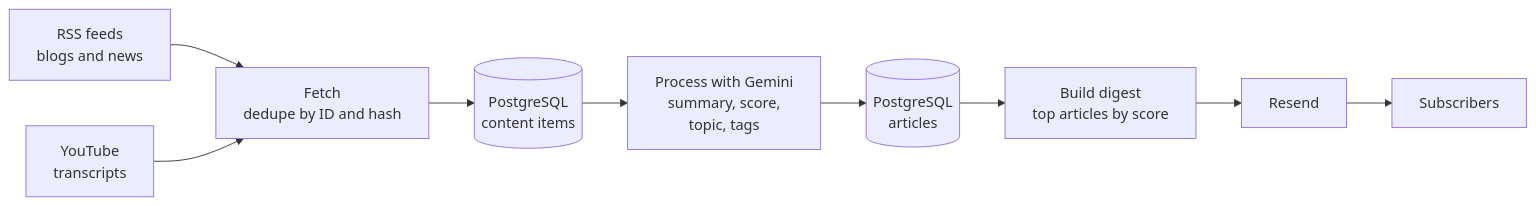
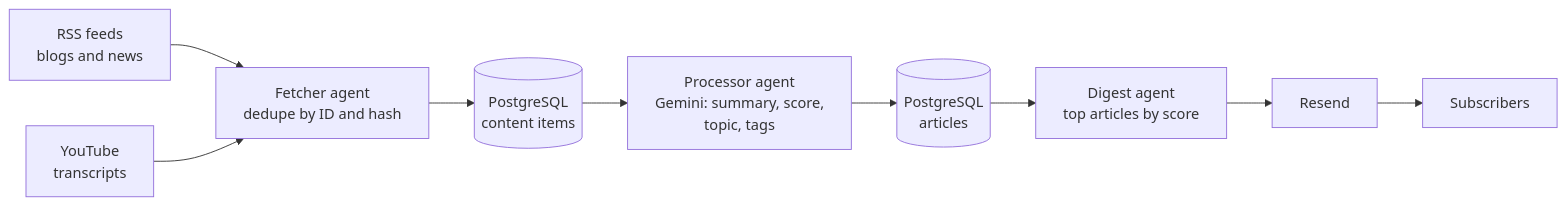
The diagram in README.md (Jai-Negi/ai-news-aggregator), drawn with Mermaid before and after one commit. The commit also changed other lines of this file, not shown here.

Commit message:
Restore agent details in README

````diff
--- a/README.md
+++ b/README.md
@@ -24,10 +24,10 @@
 ```mermaid
 flowchart LR
     RSS[RSS feeds<br/>blogs and news] --> F
     YT[YouTube<br/>transcripts] --> F
-    F[Fetch<br/>dedupe by ID and hash] --> CI[(PostgreSQL<br/>content items)]
-    CI --> P[Process with Gemini<br/>summary, score,<br/>topic, tags]
+    F[Fetcher agent<br/>dedupe by ID and hash] --> CI[(PostgreSQL<br/>content items)]
+    CI --> P[Processor agent<br/>Gemini: summary, score,<br/>topic, tags]
     P --> A[(PostgreSQL<br/>articles)]
-    A --> D[Build digest<br/>top articles by score]
+    A --> D[Digest agent<br/>top articles by score]
     D --> R[Resend] --> S[Subscribers]
 ```
````
